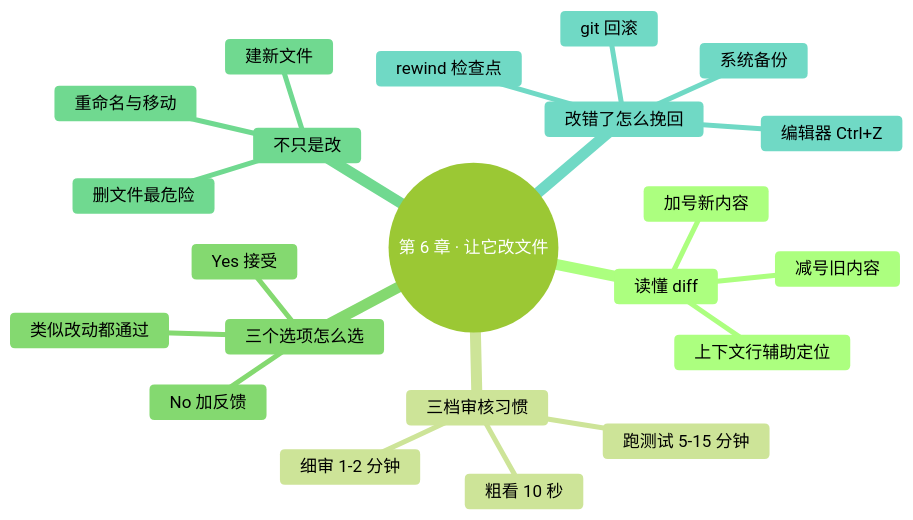
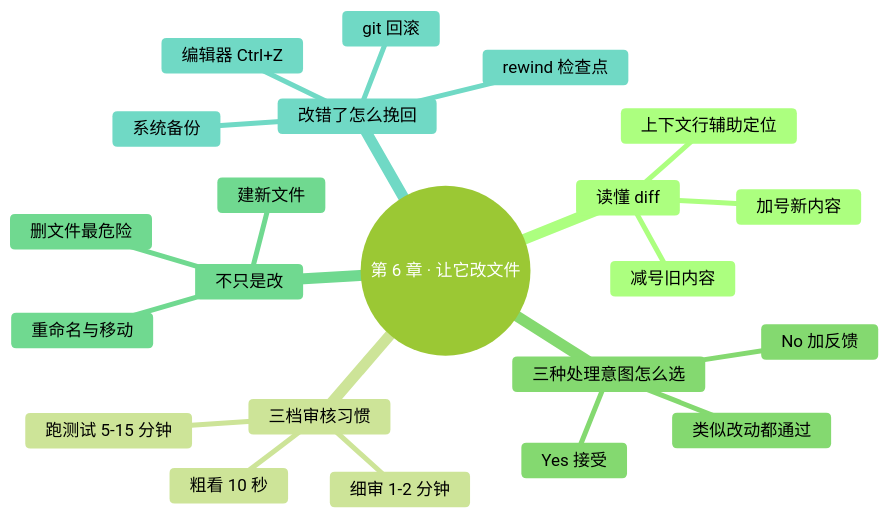
The diagram in manuscript/part2-日常使用/06-让它改文件.md (mali9527/claude-code-full-guide-for-beginners), drawn with Mermaid before and after one commit. The commit also changed other lines of this file and 130 other files, not shown here.

````diff
--- a/manuscript/part2-日常使用/06-让它改文件.md
+++ b/manuscript/part2-日常使用/06-让它改文件.md
@@ -20,33 +20,33 @@
 ```mermaid
 ---
 config:
   theme: forest
   themeVariables:
     fontFamily: "-apple-system, 'SF Pro Text', 'PingFang SC', 'Helvetica Neue', sans-serif"
     fontSize: "17px"
     lineColor: "#D9D9D9"
 ---
 mindmap
   root((第 6 章 · 让它改文件))
     读懂 diff
       减号旧内容
       加号新内容
       上下文行辅助定位
     三档审核习惯
       粗看 10 秒
       细审 1-2 分钟
       跑测试 5-15 分钟
-    三个选项怎么选
+    三种处理意图怎么选
       Yes 接受
       类似改动都通过
       No 加反馈
     不只是改
       建新文件
       删文件最危险
       重命名与移动
     改错了怎么挽回
       编辑器 Ctrl+Z
       rewind 检查点
       git 回滚
       系统备份
 ```
````
